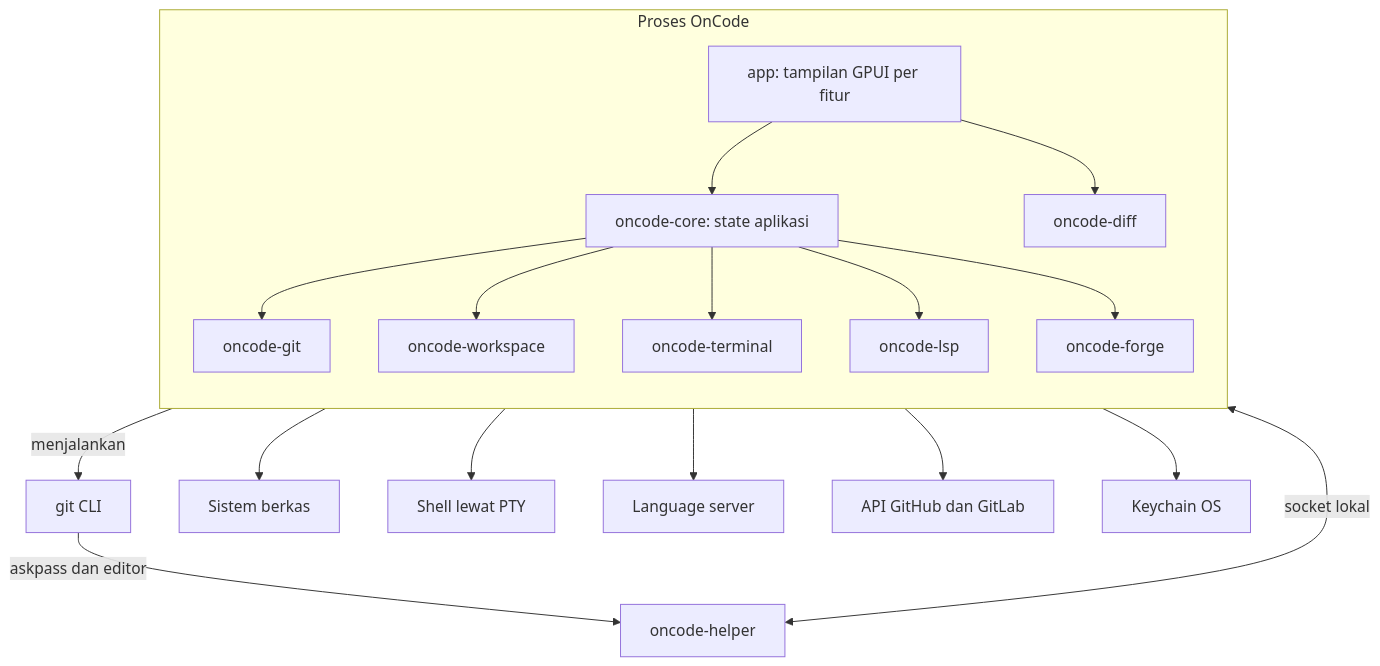
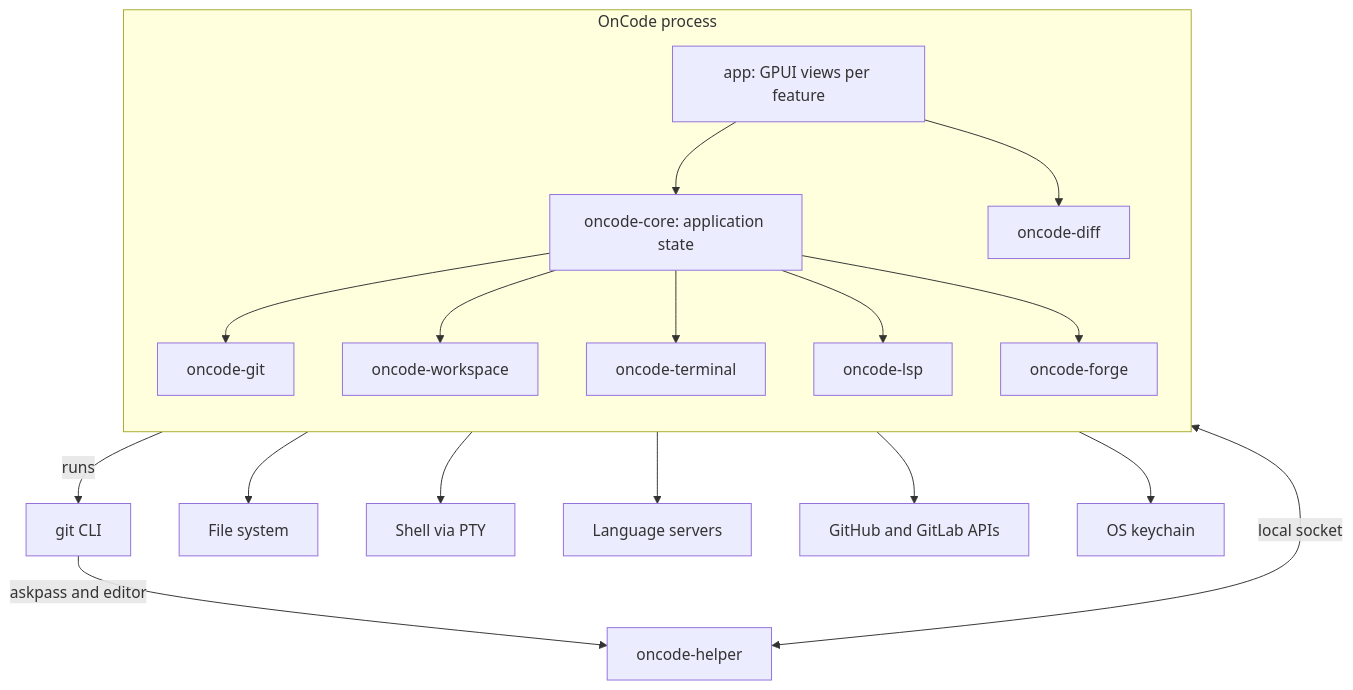
The first of 4 diagrams in docs/DESIGN.md (OkkyRoyDirgantara/oncode), drawn with Mermaid before and after one commit. The commit also changed other lines of this file and 240 other files, not shown here.

````diff
--- a/docs/DESIGN.md
+++ b/docs/DESIGN.md
@@ -185,24 +185,24 @@
 ```mermaid
 flowchart TB
-    subgraph App["Proses OnCode"]
+    subgraph App["OnCode process"]
         direction TB
-        UI["app: tampilan GPUI per fitur"]
-        Core["oncode-core: state aplikasi"]
+        UI["app: GPUI views per feature"]
+        Core["oncode-core: application state"]
         UI --> Core
         Core --> GitCrate["oncode-git"]
         Core --> WsCrate["oncode-workspace"]
         Core --> TermCrate["oncode-terminal"]
         Core --> LspCrate["oncode-lsp"]
         Core --> ForgeCrate["oncode-forge"]
         UI --> DiffCrate["oncode-diff"]
     end
 
-    GitCrate -->|"menjalankan"| GitCli["git CLI"]
-    GitCli -->|"askpass dan editor"| Helper["oncode-helper"]
-    Helper <-->|"socket lokal"| GitCrate
-    WsCrate --> Disk["Sistem berkas"]
-    TermCrate --> Shell["Shell lewat PTY"]
-    LspCrate --> Servers["Language server"]
-    ForgeCrate --> Apis["API GitHub dan GitLab"]
-    ForgeCrate --> Keychain["Keychain OS"]
+    GitCrate -->|"runs"| GitCli["git CLI"]
+    GitCli -->|"askpass and editor"| Helper["oncode-helper"]
+    Helper <-->|"local socket"| GitCrate
+    WsCrate --> Disk["File system"]
+    TermCrate --> Shell["Shell via PTY"]
+    LspCrate --> Servers["Language servers"]
+    ForgeCrate --> Apis["GitHub and GitLab APIs"]
+    ForgeCrate --> Keychain["OS keychain"]
 ```
````
